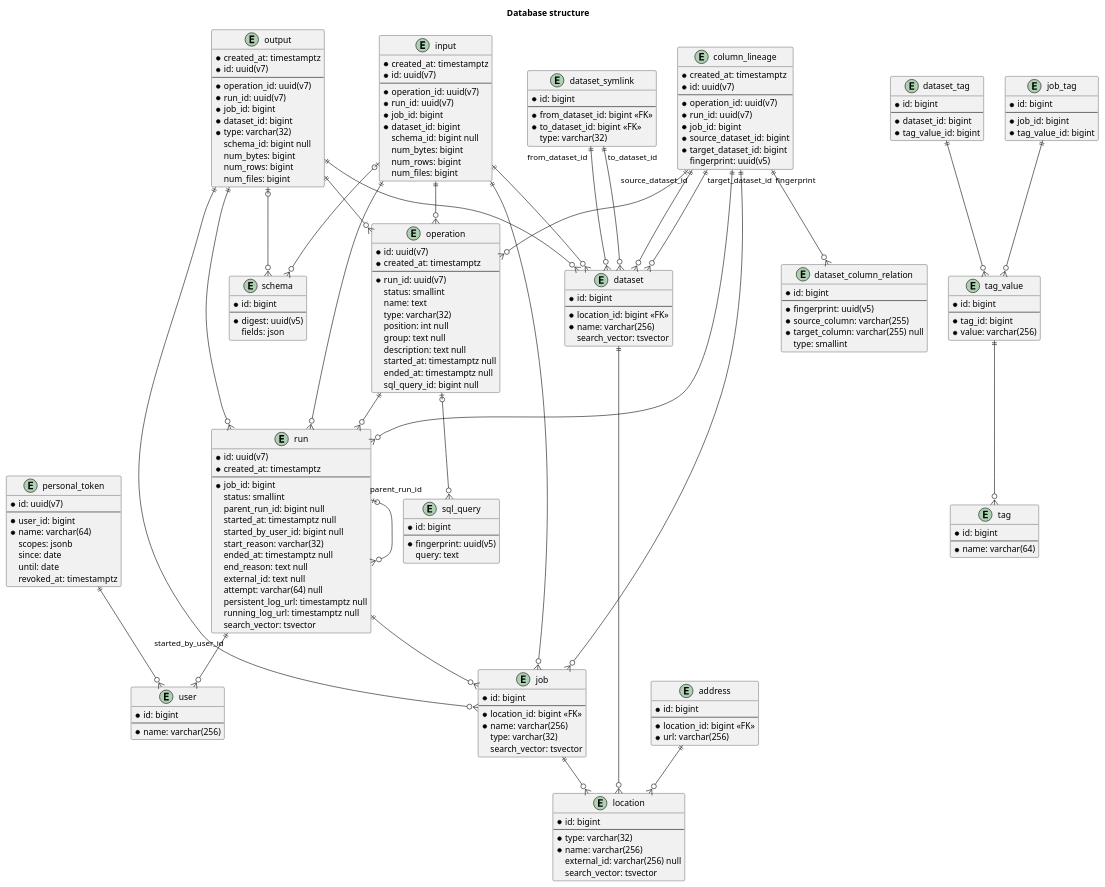
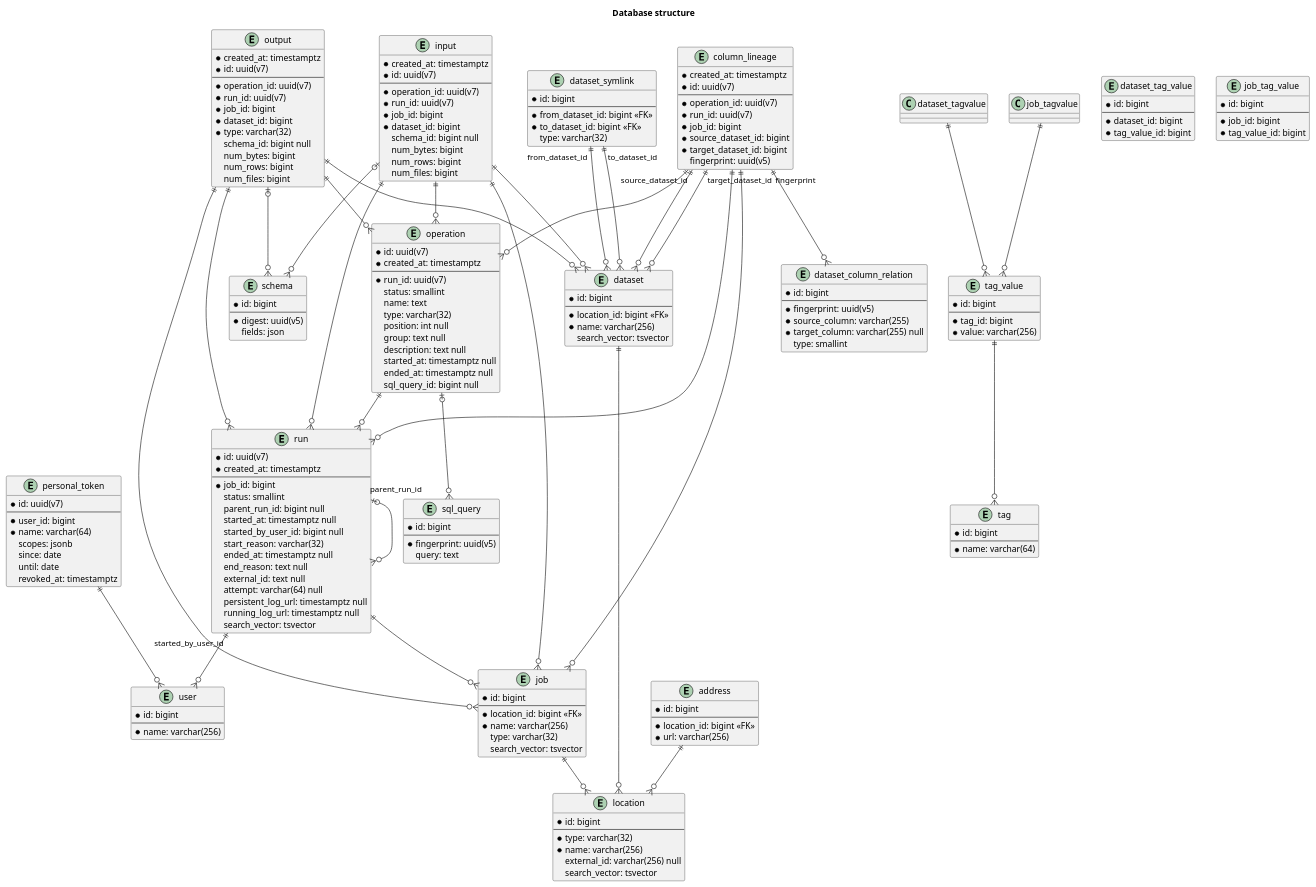
The diagram in docs/reference/database/structure.rst (MobileTeleSystems/data-rentgen), drawn with PlantUML before and after one commit. The commit also changed 6 other files, not shown here.

Commit message:
[DOP-31839] Rename job/dataset tag table to tag_value

```diff
--- a/docs/reference/database/structure.rst
+++ b/docs/reference/database/structure.rst
@@ -169,14 +169,14 @@
         * value: varchar(256)
     }
 
-    entity dataset_tag {
+    entity dataset_tag_value {
         * id: bigint
         ----
         * dataset_id: bigint
         * tag_value_id: bigint
     }
 
-    entity job_tag {
+    entity job_tag_value {
         * id: bigint
         ----
         * job_id: bigint
@@ -229,8 +229,8 @@
     column_lineage "fingerprint" ||--o{ dataset_column_relation
 
     tag_value ||--o{ tag
-    dataset_tag ||--o{ tag_value
-    job_tag ||--o{ tag_value
+    dataset_tagvalue ||--o{ tag_value
+    job_tagvalue ||--o{ tag_value
 
     personal_token ||--o{ user
 
```
